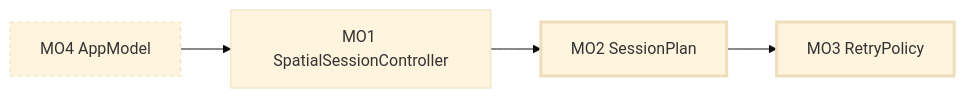
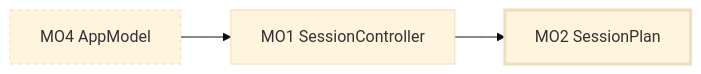
One commit to romxnb/restrukt changed the third of 3 diagrams in skills/revision/references/diagrams.md. Above: the diagram before and after it, drawn with Mermaid (base theme). The commit also changed other lines of this file and 35 other files, not shown here.

````diff
--- a/skills/revision/references/diagrams.md
+++ b/skills/revision/references/diagrams.md
@@ -107,13 +42,10 @@
 ```mermaid
 flowchart LR
-  MO1[MO1 SpatialSessionController]:::keep
+  MO1[MO1 SessionController]:::keep
   MO2[MO2 SessionPlan]:::new
-  MO3[MO3 RetryPolicy]:::new
   MO4[MO4 AppModel]:::gone
-  MO4 --> MO1
-  MO1 --> MO2
-  MO2 --> MO3
+  MO4 --> MO1 --> MO2
   classDef keep stroke-width:1px
   classDef new stroke-width:3px
   classDef gone stroke-dasharray:4
 ```
````
